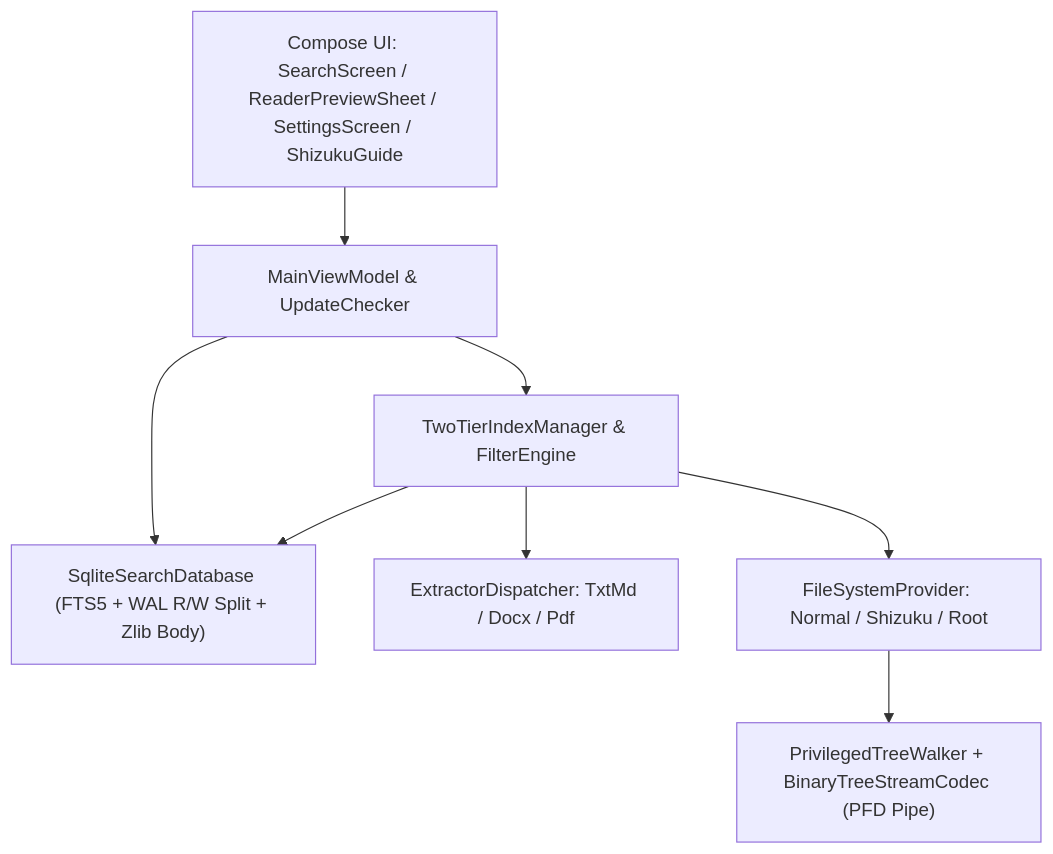
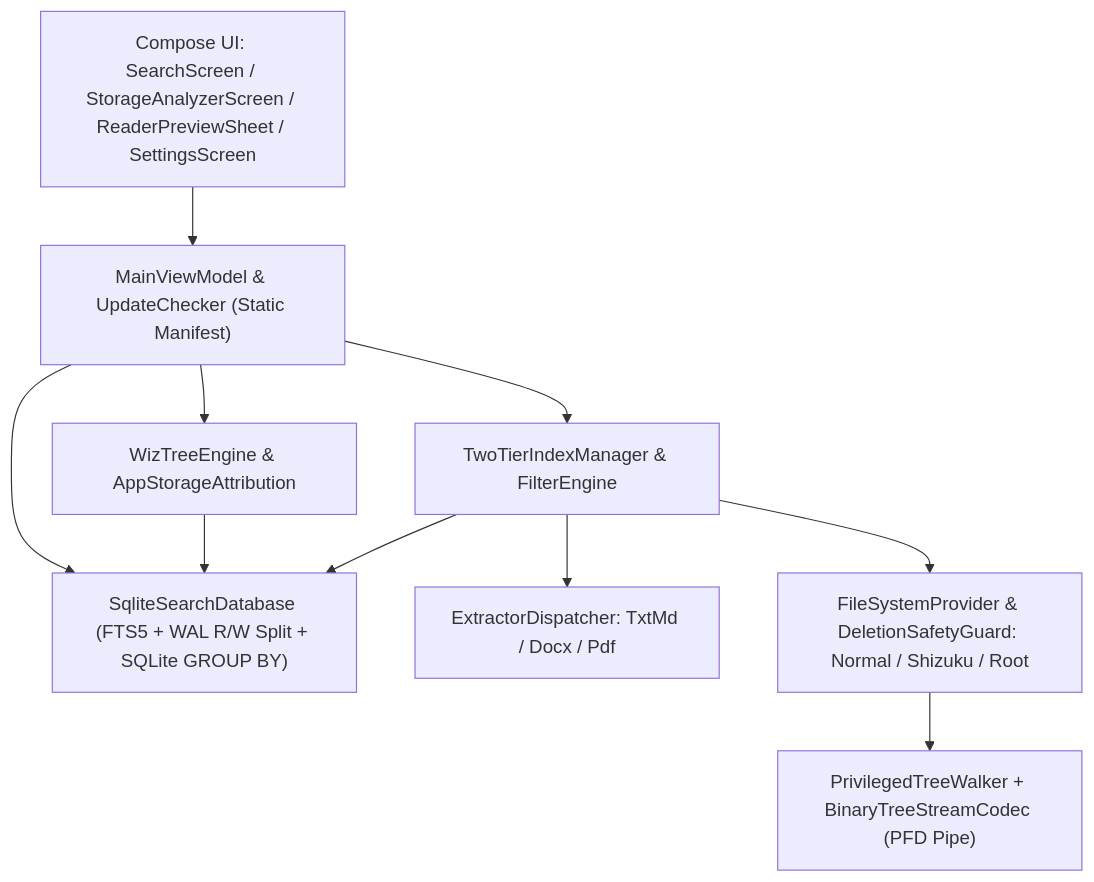
One commit to yyzmia1/Pinpoint changed the diagram in README.en.md. Above: the diagram before and after it, drawn with Mermaid. The commit also changed other lines of this file and 2 other files, not shown here.

````diff
--- a/README.en.md
+++ b/README.en.md
@@ -49,18 +74,21 @@
 ```mermaid
 flowchart TB
-    UI["Compose UI: SearchScreen / ReaderPreviewSheet / SettingsScreen / ShizukuGuide"]
-    VM["MainViewModel & UpdateChecker"]
+    UI["Compose UI: SearchScreen / StorageAnalyzerScreen / ReaderPreviewSheet / SettingsScreen"]
+    VM["MainViewModel & UpdateChecker (Static Manifest)"]
     IDX["TwoTierIndexManager & FilterEngine"]
-    DB["SqliteSearchDatabase (FTS5 + WAL R/W Split + Zlib Body)"]
+    ANA["WizTreeEngine & AppStorageAttribution"]
+    DB["SqliteSearchDatabase (FTS5 + WAL R/W Split + SQLite GROUP BY)"]
     PAR["ExtractorDispatcher: TxtMd / Docx / Pdf"]
-    PROV["FileSystemProvider: Normal / Shizuku / Root"]
+    PROV["FileSystemProvider & DeletionSafetyGuard: Normal / Shizuku / Root"]
     WALK["PrivilegedTreeWalker + BinaryTreeStreamCodec (PFD Pipe)"]
 
     UI --> VM
     VM --> DB
     VM --> IDX
+    VM --> ANA
+    ANA --> DB
     IDX --> PAR
     IDX --> DB
     IDX --> PROV
     PROV --> WALK
 ```
````
